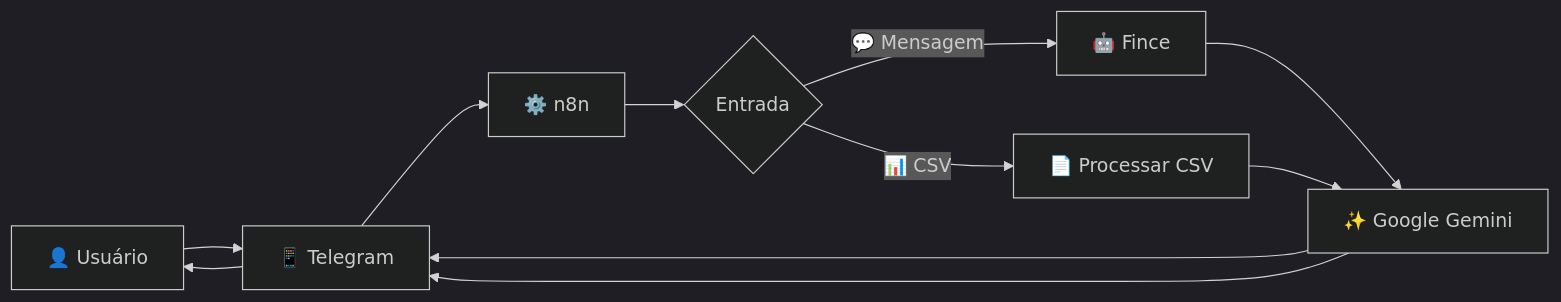
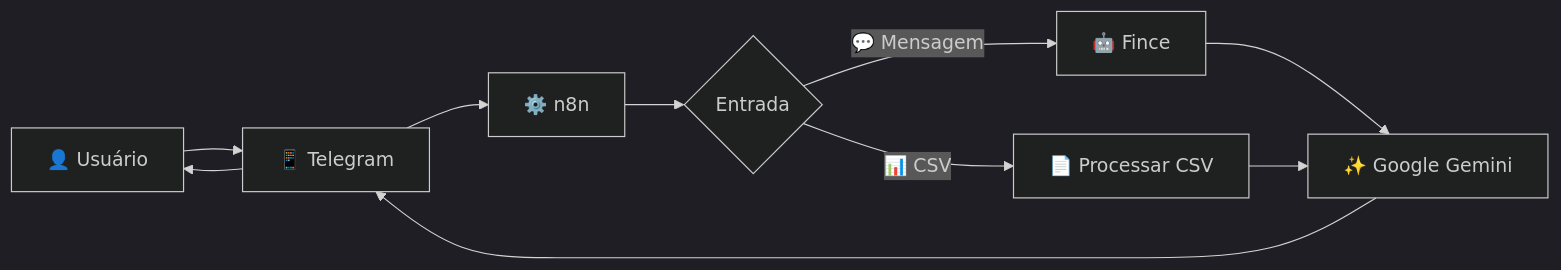
One commit to AlderARS/Projeto_Final_Bootcamp changed the diagram in 1-documentacao-agente.md. Above: the diagram before and after it, drawn with Mermaid (dark theme).

````diff
--- a/1-documentacao-agente.md
+++ b/1-documentacao-agente.md
@@ -10,17 +10,16 @@
 ```mermaid
 graph LR
     U["👤 Usuário"] --> T["📱 Telegram"]
     T --> N["⚙️ n8n"]
 
     N --> D{"Entrada"}
 
     D -->|"💬 Mensagem"| F["🤖 Fince"]
     F --> G["✨ Google Gemini"]
     G --> T
 
     D -->|"📊 CSV"| C["📄 Processar CSV"]
     C --> G
-    G --> T
 
     T --> U
 ```
````
